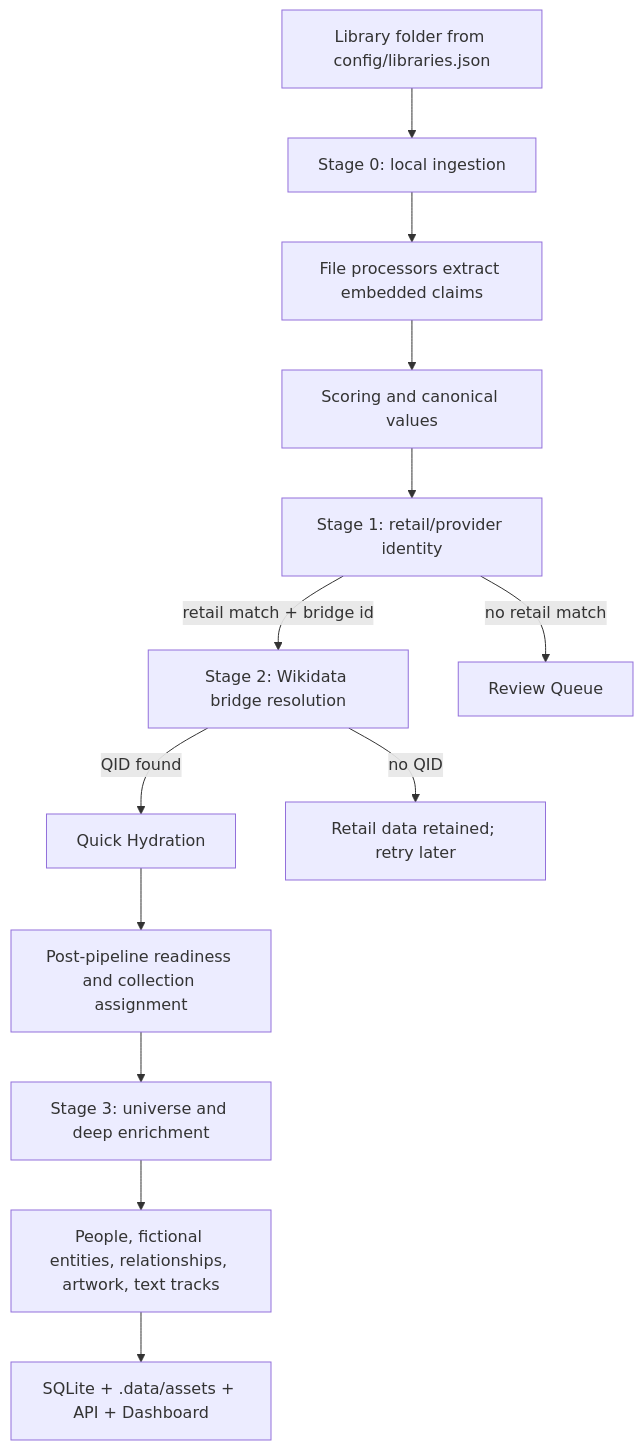
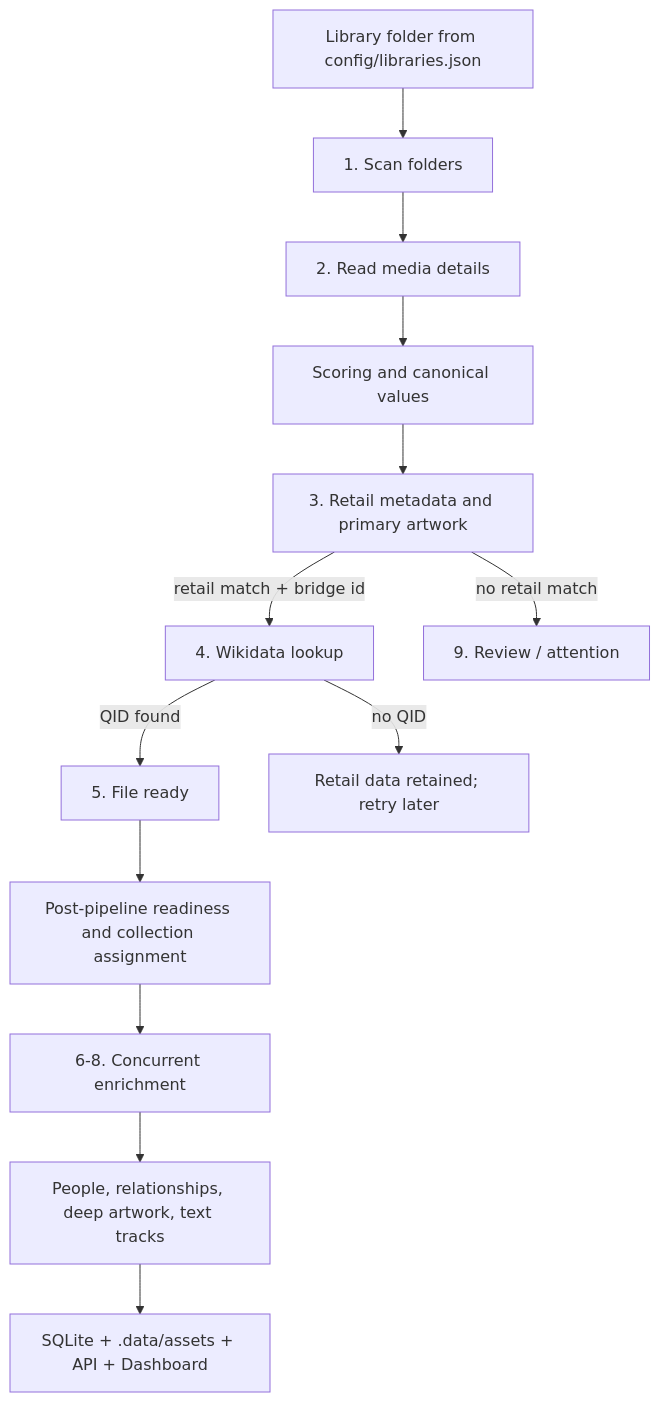
Before and after one commit to Tuvima/tuvima_library: the diagram in docs/architecture/ingestion-identity-enrichment-pipeline.md, drawn with Mermaid. The commit also changed other lines of this file and 36 other files, not shown here.

````diff
--- a/docs/architecture/ingestion-identity-enrichment-pipeline.md
+++ b/docs/architecture/ingestion-identity-enrichment-pipeline.md
@@ -9,15 +9,15 @@
 ```mermaid
 flowchart TD
-    A["Library folder from config/libraries.json"] --> B["Stage 0: local ingestion"]
-    B --> C["File processors extract embedded claims"]
+    A["Library folder from config/libraries.json"] --> B["1. Scan folders"]
+    B --> C["2. Read media details"]
     C --> D["Scoring and canonical values"]
-    D --> E["Stage 1: retail/provider identity"]
-    E -->|retail match + bridge id| F["Stage 2: Wikidata bridge resolution"]
-    E -->|no retail match| R["Review Queue"]
-    F -->|QID found| G["Quick Hydration"]
+    D --> E["3. Retail metadata and primary artwork"]
+    E -->|retail match + bridge id| F["4. Wikidata lookup"]
+    E -->|no retail match| R["9. Review / attention"]
+    F -->|QID found| G["5. File ready"]
     F -->|no QID| H["Retail data retained; retry later"]
     G --> I["Post-pipeline readiness and collection assignment"]
-    I --> J["Stage 3: universe and deep enrichment"]
-    J --> K["People, fictional entities, relationships, artwork, text tracks"]
+    I --> J["6-8. Concurrent enrichment"]
+    J --> K["People, relationships, deep artwork, text tracks"]
     K --> L["SQLite + .data/assets + API + Dashboard"]
 ```
````
